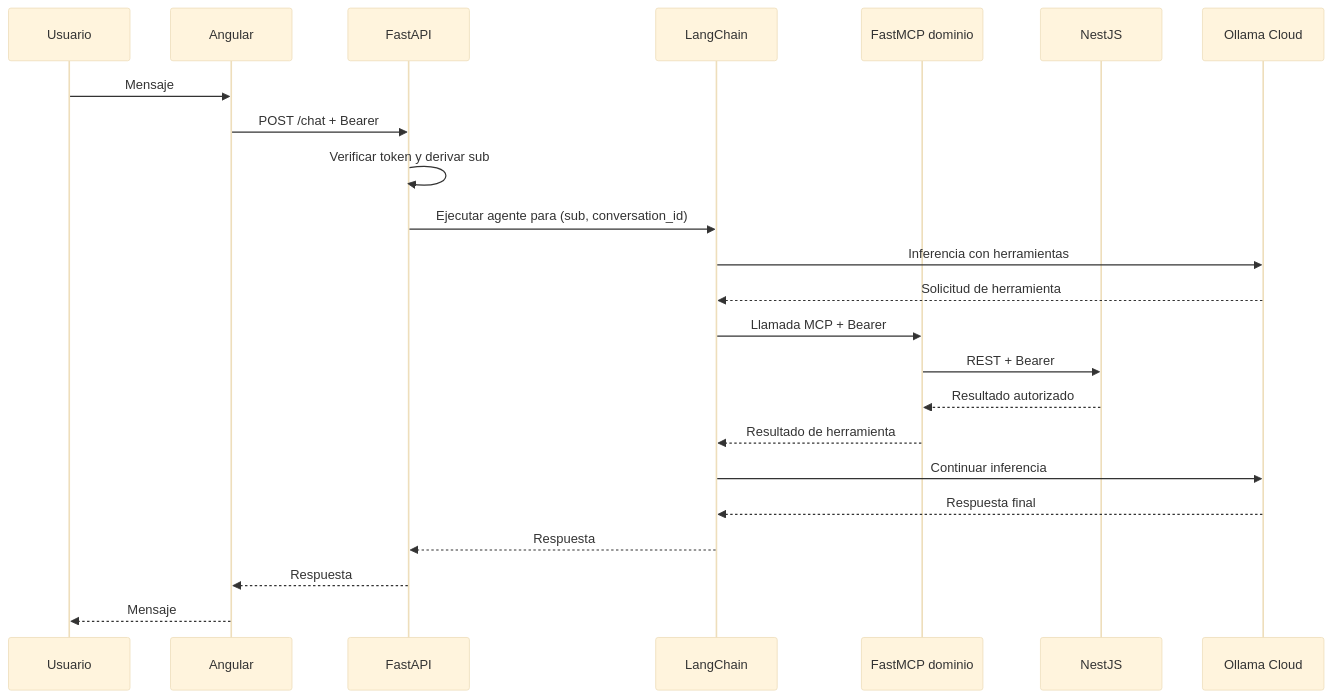
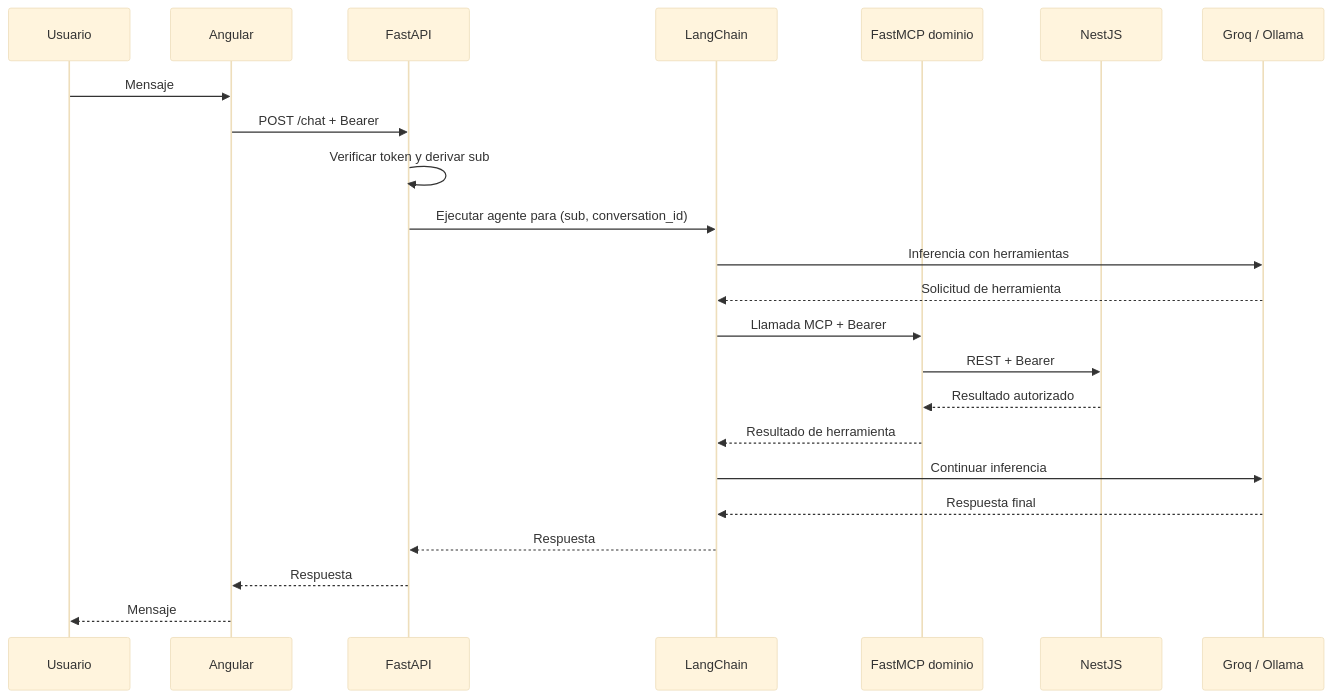
Before and after one commit to cimi88/proyecto-lost-found: the third of 3 diagrams in docs/architecture.md, drawn with Mermaid (base theme). The commit also changed other lines of this file and 66 other files, not shown here.

````diff
--- a/docs/architecture.md
+++ b/docs/architecture.md
@@ -132,26 +175,26 @@
 ```mermaid
 sequenceDiagram
   participant U as Usuario
   participant FE as Angular
   participant AI as FastAPI
   participant LC as LangChain
   participant MCP as FastMCP dominio
   participant API as NestJS
-  participant LLM as Ollama Cloud
+  participant LLM as Groq / Ollama
 
   U->>FE: Mensaje
   FE->>AI: POST /chat + Bearer
   AI->>AI: Verificar token y derivar sub
   AI->>LC: Ejecutar agente para (sub, conversation_id)
   LC->>LLM: Inferencia con herramientas
   LLM-->>LC: Solicitud de herramienta
   LC->>MCP: Llamada MCP + Bearer
   MCP->>API: REST + Bearer
   API-->>MCP: Resultado autorizado
   MCP-->>LC: Resultado de herramienta
   LC->>LLM: Continuar inferencia
   LLM-->>LC: Respuesta final
   LC-->>AI: Respuesta
   AI-->>FE: Respuesta
   FE-->>U: Mensaje
 ```
````
